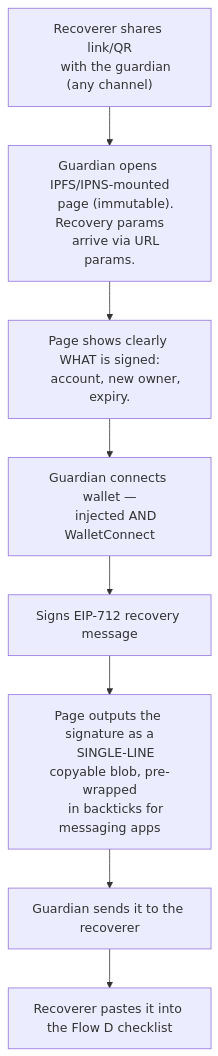
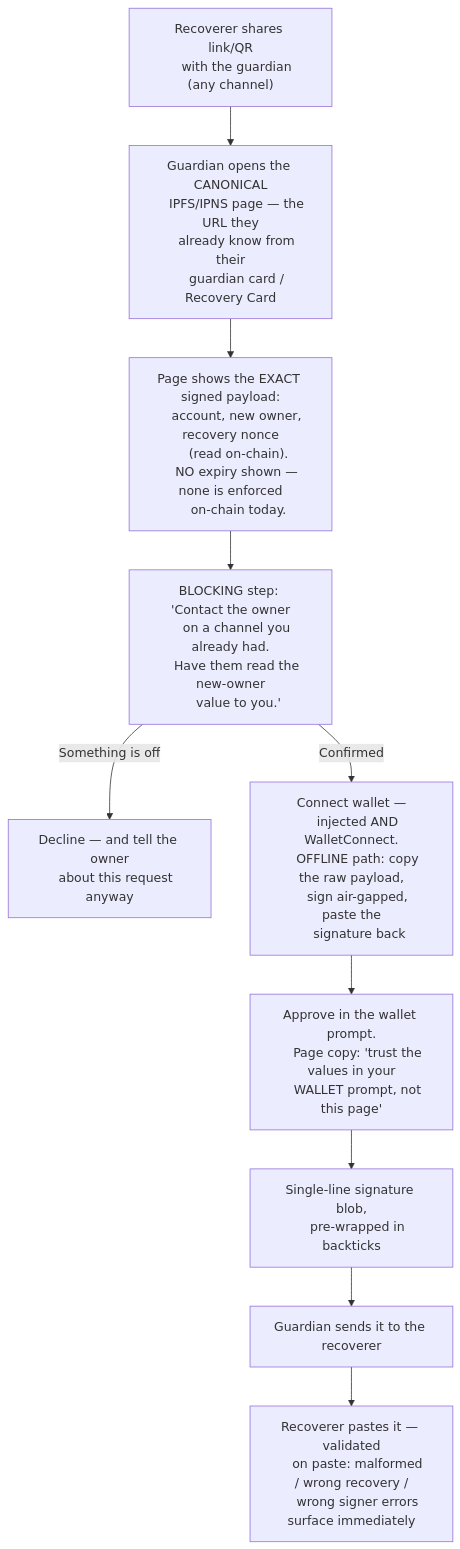
One commit to FiboAtWonder/kohaku-extension changed the seventh of 10 diagrams in social-recovery-ux-flows.md. Above: the diagram before and after it, drawn with Mermaid. The commit also changed other lines of this file, not shown here.

Commit message:
docs: apply approved 6-perspective review fixes to social recovery UX flows

````diff
--- a/social-recovery-ux-flows.md
+++ b/social-recovery-ux-flows.md
@@ -254,17 +346,33 @@
 ```mermaid
 flowchart TD
     A["Recoverer shares link/QR
-    with the guardian (any channel)"] --> B["Guardian opens IPFS/IPNS-mounted
-    page (immutable). Recovery params
-    arrive via URL params."]
-    B --> C["Page shows clearly WHAT is signed:
-    account, new owner, expiry."]
-    C --> D["Guardian connects wallet —
-    injected AND WalletConnect"]
-    D --> E[Signs EIP-712 recovery message]
-    E --> F["Page outputs the signature as a
-    SINGLE-LINE copyable blob, pre-wrapped
-    in backticks for messaging apps"]
+    with the guardian (any channel)"] --> B["Guardian opens the CANONICAL
+    IPFS/IPNS page — the URL they
+    already know from their
+    guardian card / Recovery Card"]
+    B --> C["Page shows the EXACT signed payload:
+    account, new owner, recovery nonce
+    (read on-chain).
+    NO expiry shown — none is enforced
+    on-chain today."]
+    C --> W["BLOCKING step: 'Contact the owner
+    on a channel you already had.
+    Have them read the new-owner
+    value to you.'"]
+    W -->|Something is off| DE["Decline — and tell the owner
+    about this request anyway"]
+    W -->|Confirmed| D["Connect wallet —
+    injected AND WalletConnect.
+    OFFLINE path: copy the raw payload,
+    sign air-gapped, paste the
+    signature back"]
+    D --> E["Approve in the wallet prompt.
+    Page copy: 'trust the values in your
+    WALLET prompt, not this page'"]
+    E --> F["Single-line signature blob,
+    pre-wrapped in backticks"]
     F --> G[Guardian sends it to the recoverer]
-    G --> H["Recoverer pastes it into the Flow D checklist"]
+    G --> H["Recoverer pastes it — validated
+    on paste: malformed / wrong recovery /
+    wrong signer errors surface immediately"]
 ```
````
